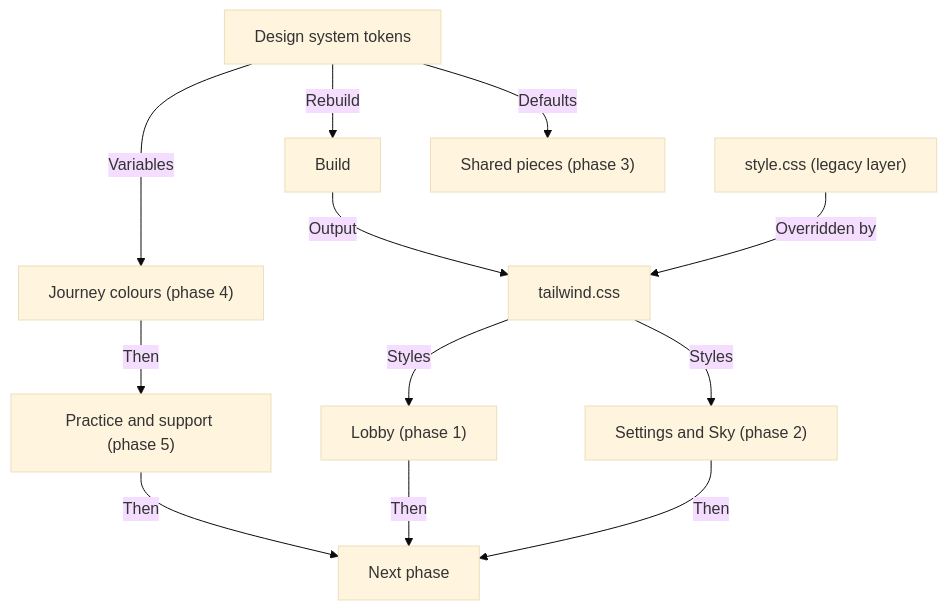
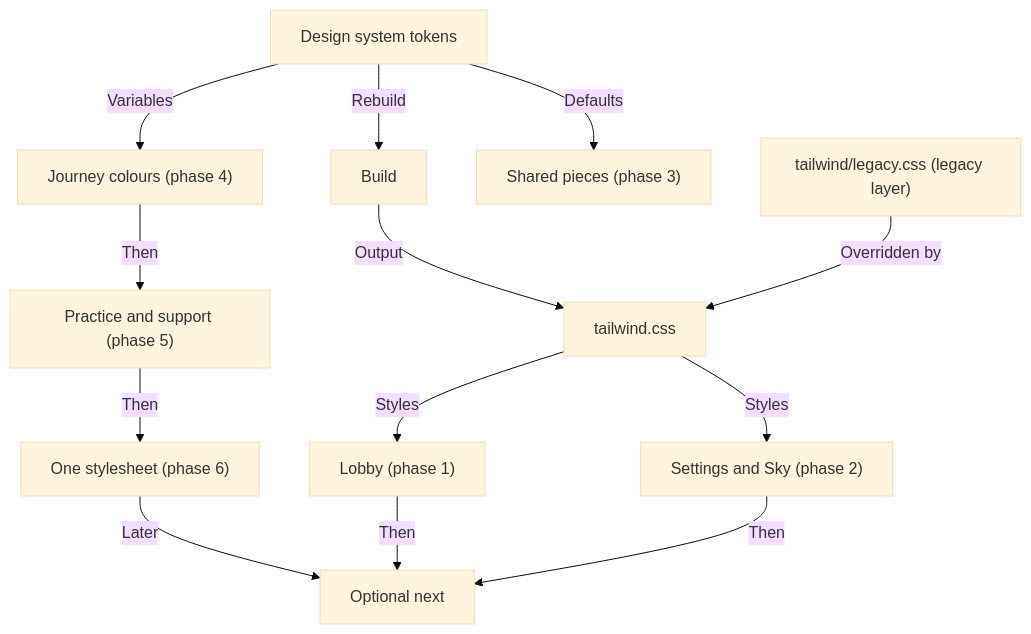
Before and after one commit to missionode/lite: diagram 51 of 55 in docs/app-map/FLOW-REFERENCE.md, drawn with Mermaid (base theme). The commit also changed other lines of this file and 32 other files, not shown here.

First line of the commit message:
feat(css): Tailwind phase 6 - one stylesheet, preflight on; per-chakra panel padding

````diff
--- a/docs/app-map/FLOW-REFERENCE.md
+++ b/docs/app-map/FLOW-REFERENCE.md
@@ -2359,24 +2359,26 @@
 ```mermaid
 flowchart TD
   tokens["Design system tokens"]
   build["Build"]
-  legacy["style.css (legacy layer)"]
+  legacy["tailwind/legacy.css (legacy layer)"]
   tw["tailwind.css"]
   lobby["Lobby (phase 1)"]
   settings["Settings and Sky (phase 2)"]
   shared["Shared pieces (phase 3)"]
   journey["Journey colours (phase 4)"]
   support["Practice and support (phase 5)"]
-  next["Next phase"]
+  single["One stylesheet (phase 6)"]
+  next["Optional next"]
   tokens -->|"Rebuild"| build
   build -->|"Output"| tw
   legacy -->|"Overridden by"| tw
   tw -->|"Styles"| lobby
   tw -->|"Styles"| settings
   tokens -->|"Defaults"| shared
   tokens -->|"Variables"| journey
   journey -->|"Then"| support
-  support -->|"Then"| next
+  support -->|"Then"| single
+  single -->|"Later"| next
   lobby -->|"Then"| next
   settings -->|"Then"| next
 ```
````
